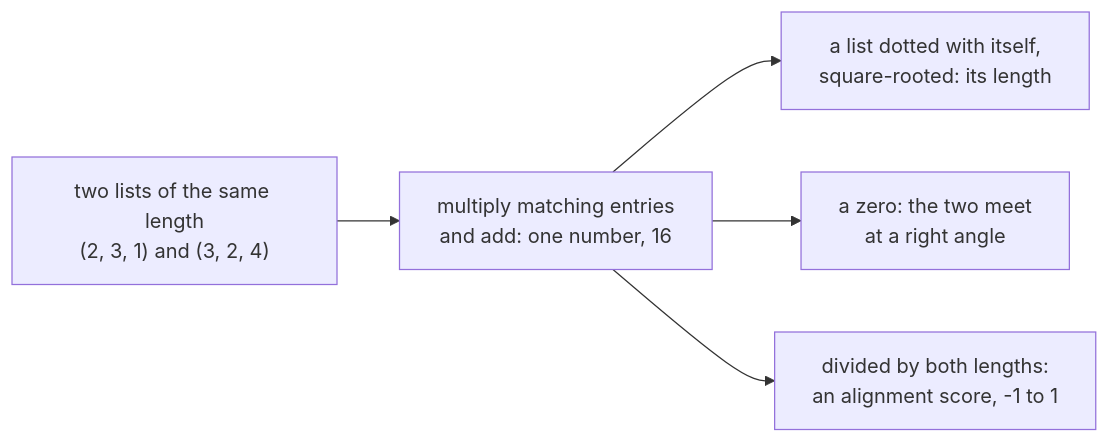
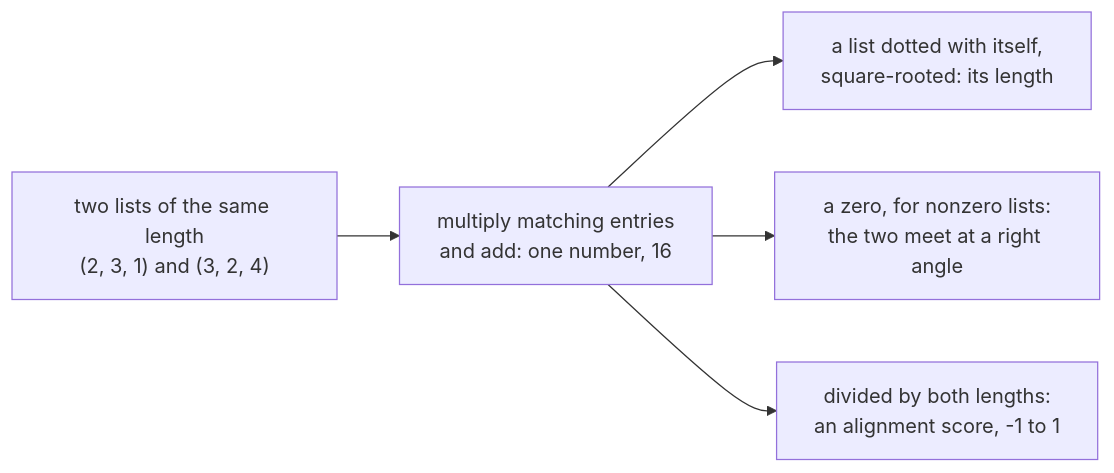
Before and after one commit to wappy-x/Mathematics: the first of 2 diagrams in Cards/03-Algebra/06-Dot Products and Best Fits/01-dot-product.md, drawn with Mermaid. The commit also changed other lines of this file and 3 other files, not shown here.

Commit message:
Dot Products and Best Fits: at right angles instead of square, nonzero directions, independent lists

````diff
--- a/Cards/03-Algebra/06-Dot Products and Best Fits/01-dot-product.md
+++ b/Cards/03-Algebra/06-Dot Products and Best Fits/01-dot-product.md
@@ -23,7 +23,7 @@
 ```mermaid
 flowchart LR
   A["two lists of the same length<br>(2, 3, 1) and (3, 2, 4)"] --> B["multiply matching entries<br>and add: one number, 16"]
   B --> C["a list dotted with itself,<br>square-rooted: its length"]
-  B --> D["a zero: the two meet<br>at a right angle"]
+  B --> D["a zero, for nonzero lists:<br>the two meet at a right angle"]
   B --> E["divided by both lengths:<br>an alignment score, -1 to 1"]
 ```
````
